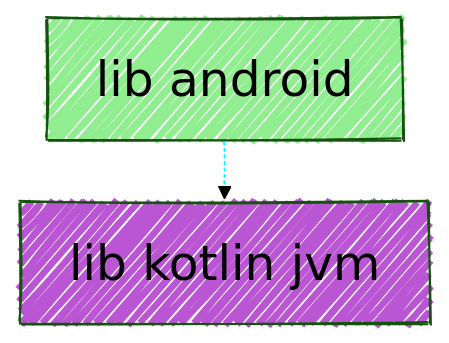
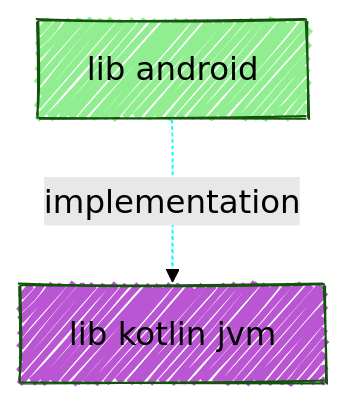
The diagram in samples/sample-mermaid/sample-lib-android/modular/chart.mmd (jonapoul/atlas), drawn with Mermaid before and after one commit. The commit also changed 39 other files, not shown here.

```diff
--- a/samples/sample-mermaid/sample-lib-android/modular/chart.mmd
+++ b/samples/sample-mermaid/sample-lib-android/modular/chart.mmd
@@ -1,28 +1,28 @@
 ---
 config:
   layout: elk
   look: handDrawn
   theme: forest
   elk:
     mergeEdges: true
     forceNodeModelOrder: true
     nodePlacementStrategy: LINEAR_SEGMENTS
     cycleBreakingStrategy: INTERACTIVE
     considerModelOrder: PREFER_EDGES
   themeVariables:
     background: #FFF
     fontFamily: arial
     lineColor: #55FF55
     primaryBorderColor: #FF5555
     primaryColor: #ABC123
     darkMode: true
-    fontSize: 30px
+    fontSize: 20px
     defaultLinkColor: #5555FF
 ---
 graph TD
   lib_android["lib android"]
   lib_kotlin_jvm["lib kotlin jvm"]
   style lib_android fill:lightgreen,fillcolor:lightgreen
   style lib_kotlin_jvm fill:mediumorchid,fillcolor:mediumorchid
-  lib_android -.-> lib_kotlin_jvm
+  lib_android -.implementation.-> lib_kotlin_jvm
   linkStyle 0 stroke:aqua
```
